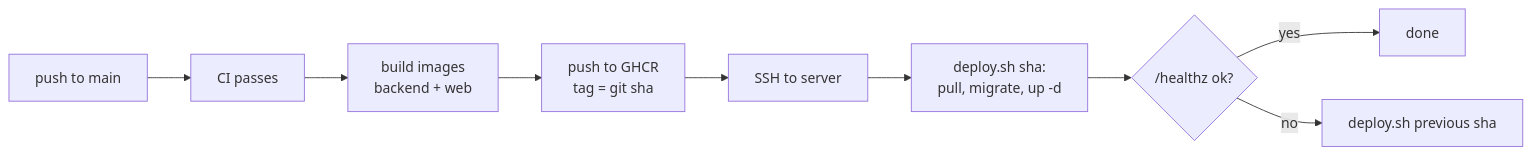
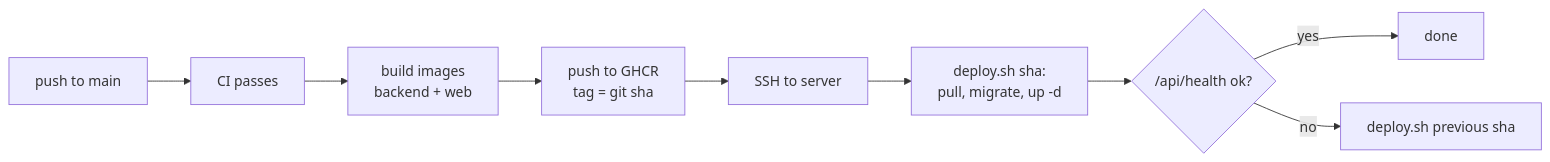
The diagram in docs/architecture/environments.md (Georg1703/crew-challenge), drawn with Mermaid before and after one commit. The commit also changed 4 other files, not shown here.

````diff
--- a/docs/architecture/environments.md
+++ b/docs/architecture/environments.md
@@ -42,11 +42,11 @@
 ```mermaid
 flowchart LR
   P["push to main"] --> CI["CI passes"]
   CI --> B["build images<br/>backend + web"]
   B --> R["push to GHCR<br/>tag = git sha"]
   R --> S["SSH to server"]
   S --> D["deploy.sh sha:<br/>pull, migrate, up -d"]
-  D --> H{"/healthz ok?"}
+  D --> H{"/api/health ok?"}
   H -->|yes| OK["done"]
   H -->|no| RB["deploy.sh previous sha"]
 ```
````
